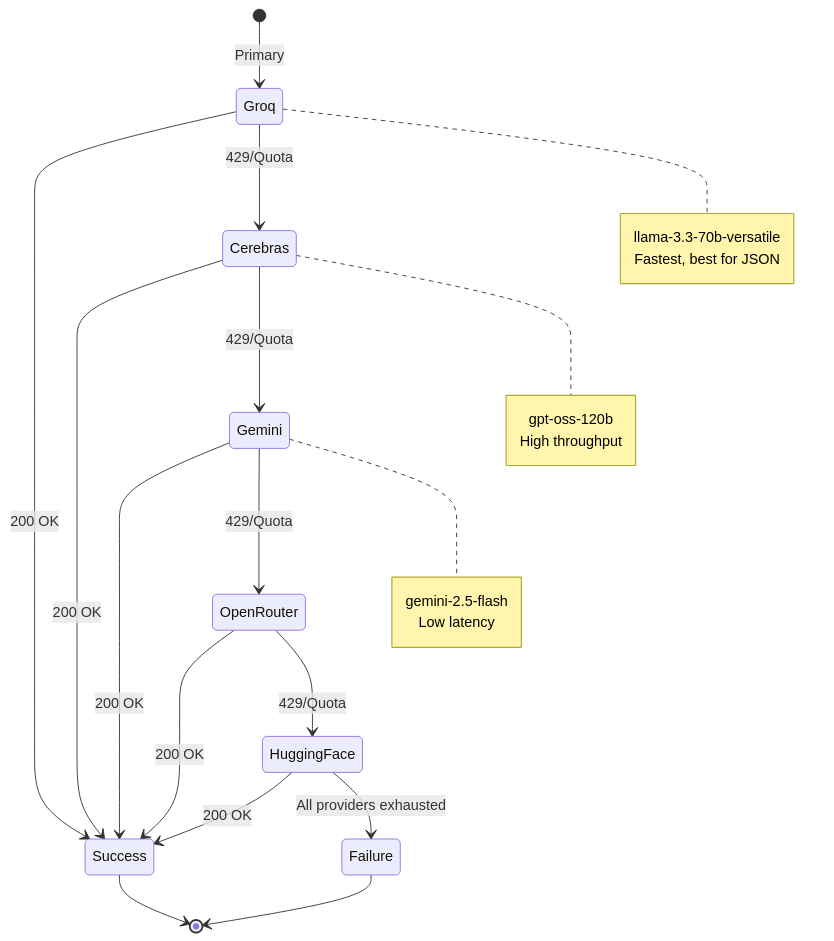
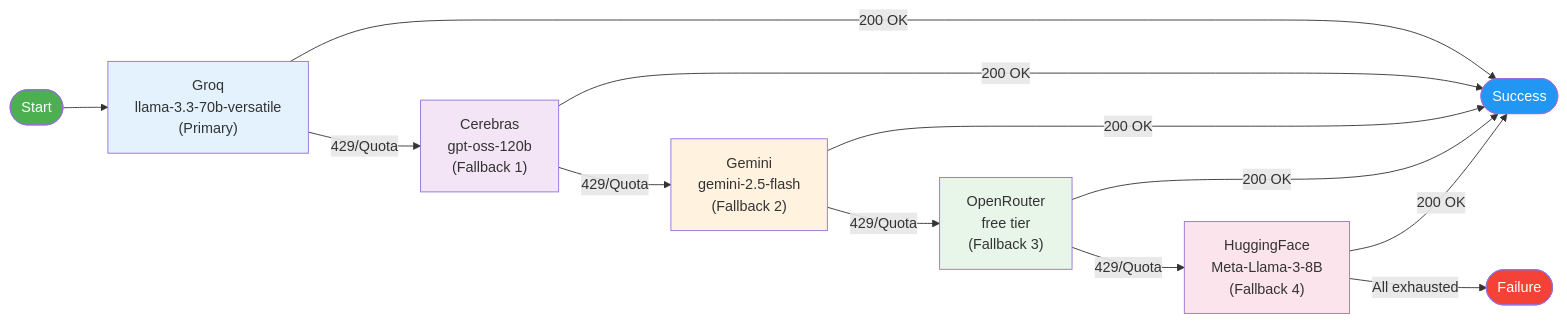
The sixth of 7 diagrams in Readme.md (indiser/Rxcheck), drawn with Mermaid before and after one commit.

Commit message:
fix: LLM router failover diagram

````diff
--- a/Readme.md
+++ b/Readme.md
@@ -359,36 +359,27 @@
 ```mermaid
-stateDiagram-v2
-    [*] --> Groq: Primary
-    Groq --> Success: 200 OK
-    Groq --> Cerebras: 429/Quota
+flowchart LR
+    Start([Start]) --> Groq["Groq<br/>llama-3.3-70b-versatile<br/>(Primary)"]
+    Groq -->|200 OK| Success([Success])
+    Groq -->|429/Quota| Cerebras["Cerebras<br/>gpt-oss-120b<br/>(Fallback 1)"]
     
-    Cerebras --> Success: 200 OK
-    Cerebras --> Gemini: 429/Quota
+    Cerebras -->|200 OK| Success
+    Cerebras -->|429/Quota| Gemini["Gemini<br/>gemini-2.5-flash<br/>(Fallback 2)"]
     
-    Gemini --> Success: 200 OK
-    Gemini --> OpenRouter: 429/Quota
+    Gemini -->|200 OK| Success
+    Gemini -->|429/Quota| OpenRouter["OpenRouter<br/>free tier<br/>(Fallback 3)"]
     
-    OpenRouter --> Success: 200 OK
-    OpenRouter --> HuggingFace: 429/Quota
+    OpenRouter -->|200 OK| Success
+    OpenRouter -->|429/Quota| HuggingFace["HuggingFace<br/>Meta-Llama-3-8B<br/>(Fallback 4)"]
     
-    HuggingFace --> Success: 200 OK
-    HuggingFace --> Failure: All providers exhausted
+    HuggingFace -->|200 OK| Success
+    HuggingFace -->|All exhausted| Failure([Failure])
     
-    Success --> [*]
-    Failure --> [*]
-    
-    note right of Groq
-        llama-3.3-70b-versatile
-        Fastest, best for JSON
-    end note
-    
-    note right of Cerebras
-        gpt-oss-120b
-        High throughput
-    end note
-    
-    note right of Gemini
-        gemini-2.5-flash
-        Low latency
-    end note
+    style Start fill:#4caf50,color:#fff
+    style Success fill:#2196f3,color:#fff
+    style Failure fill:#f44336,color:#fff
+    style Groq fill:#e3f2fd
+    style Cerebras fill:#f3e5f5
+    style Gemini fill:#fff3e0
+    style OpenRouter fill:#e8f5e9
+    style HuggingFace fill:#fce4ec
 ```
````
